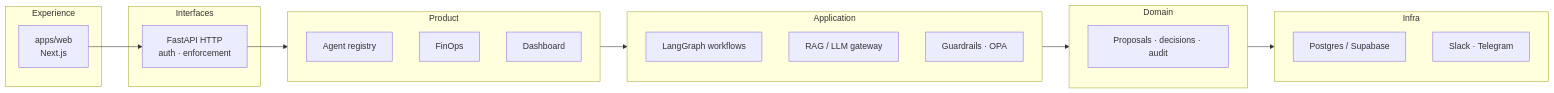
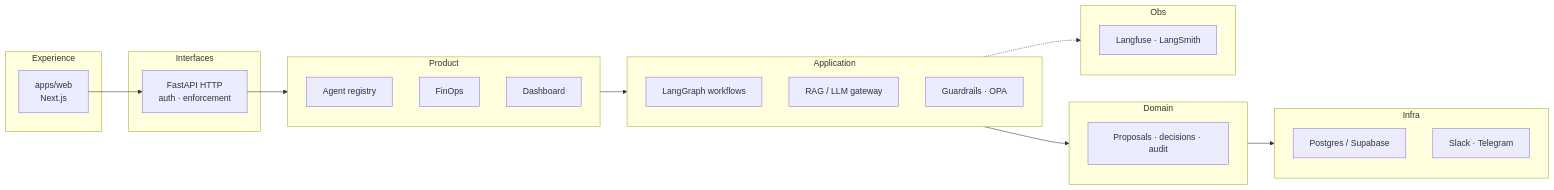
The second of 3 diagrams in README.md (vpeetla-ai/aegisai-enterprise-agent-platform), drawn with Mermaid before and after one commit. The commit also changed other lines of this file and 2 other files, not shown here.

First line of the commit message:
Align architecture docs with honest gateway coverage and ecosystem map.

````diff
--- a/README.md
+++ b/README.md
@@ -91,28 +109,32 @@
 ```mermaid
 flowchart LR
     subgraph Experience
         WEB["apps/web<br/>Next.js"]
     end
     subgraph Interfaces
         API["FastAPI HTTP<br/>auth · enforcement"]
     end
     subgraph Product
         REG["Agent registry"]
         FIN["FinOps"]
         DASH["Dashboard"]
     end
     subgraph Application
         LG["LangGraph workflows"]
         RAG["RAG / LLM gateway"]
         GR["Guardrails · OPA"]
     end
     subgraph Domain
         DOM["Proposals · decisions · audit"]
     end
     subgraph Infra
         DB["Postgres / Supabase"]
         NTF["Slack · Telegram"]
     end
+    subgraph Obs
+        LF["Langfuse · LangSmith"]
+    end
 
     WEB --> API --> Product --> Application --> Domain --> Infra
+    Application -.-> Obs
 ```
````
